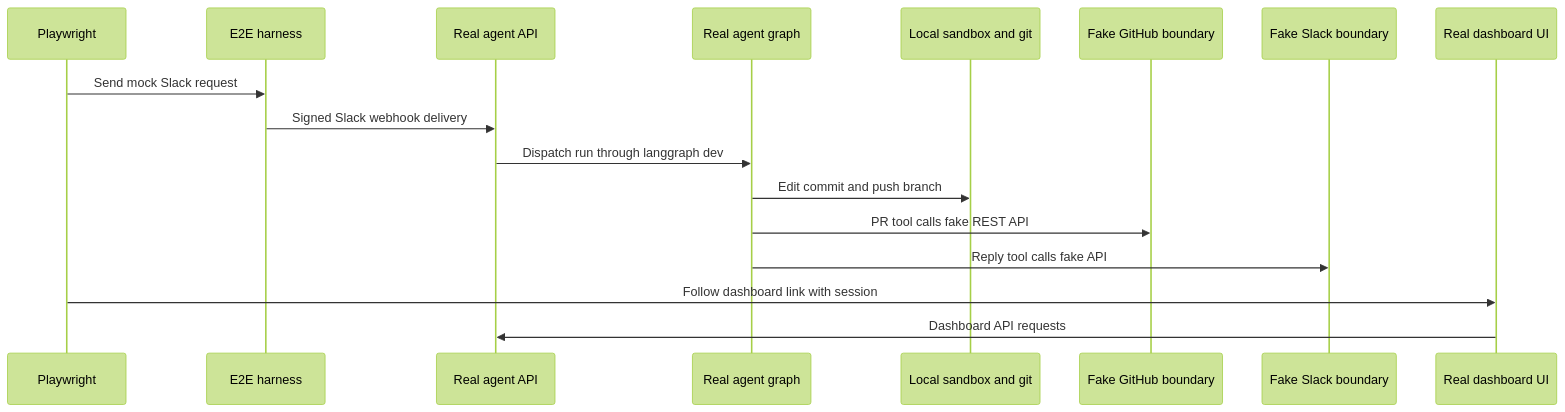
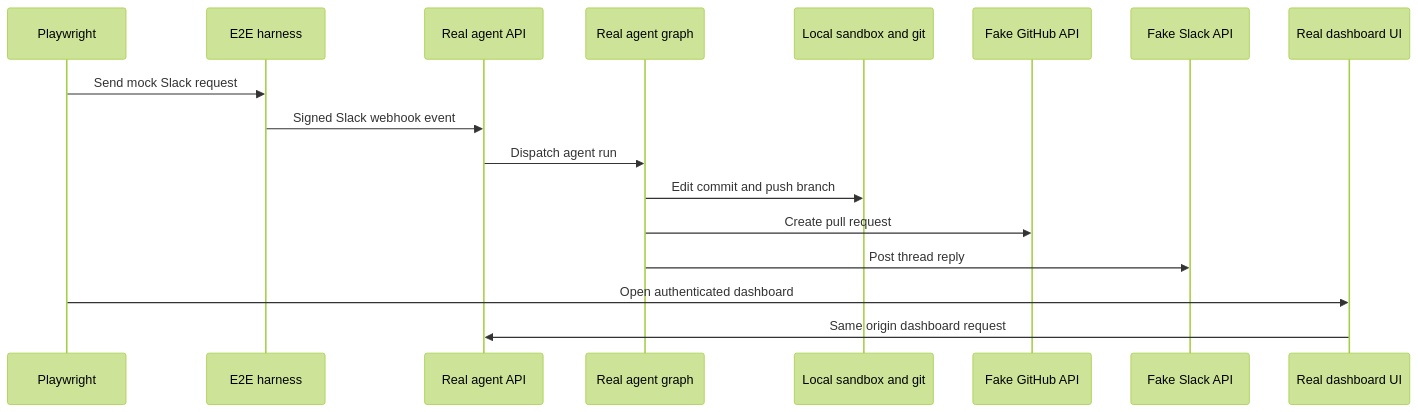
Before and after one commit to langchain-ai/open-swe: the second of 2 diagrams in openwiki/testing/overview.md, drawn with Mermaid (forest theme). The commit also changed other lines of this file and 52 other files, not shown here.

````diff
--- a/openwiki/testing/overview.md
+++ b/openwiki/testing/overview.md
@@ -162,19 +136,19 @@
 ```mermaid
 sequenceDiagram
     participant PW as Playwright
     participant Harness as E2E harness
     participant API as Real agent API
-    participant Agent as Real agent graph
-    participant Local as Local sandbox and git
-    participant GitHub as Fake GitHub boundary
-    participant Slack as Fake Slack boundary
-    participant Dash as Real dashboard UI
+    participant Graph as Real agent graph
+    participant Sandbox as Local sandbox and git
+    participant GH as Fake GitHub API
+    participant Slack as Fake Slack API
+    participant UI as Real dashboard UI
     PW->>Harness: Send mock Slack request
-    Harness->>API: Signed Slack webhook delivery
-    API->>Agent: Dispatch run through langgraph dev
-    Agent->>Local: Edit commit and push branch
-    Agent->>GitHub: PR tool calls fake REST API
-    Agent->>Slack: Reply tool calls fake API
-    PW->>Dash: Follow dashboard link with session
-    Dash->>API: Dashboard API requests
+    Harness->>API: Signed Slack webhook event
+    API->>Graph: Dispatch agent run
+    Graph->>Sandbox: Edit commit and push branch
+    Graph->>GH: Create pull request
+    Graph->>Slack: Post thread reply
+    PW->>UI: Open authenticated dashboard
+    UI->>API: Same origin dashboard request
 ```
````
